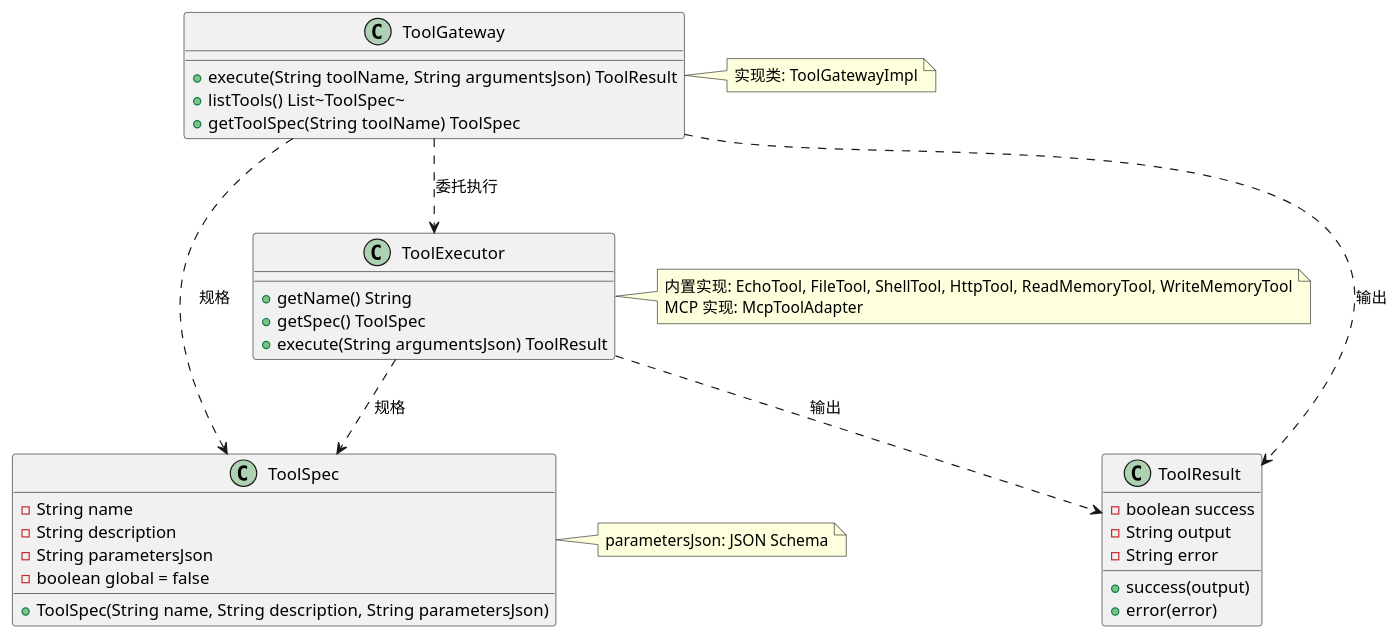
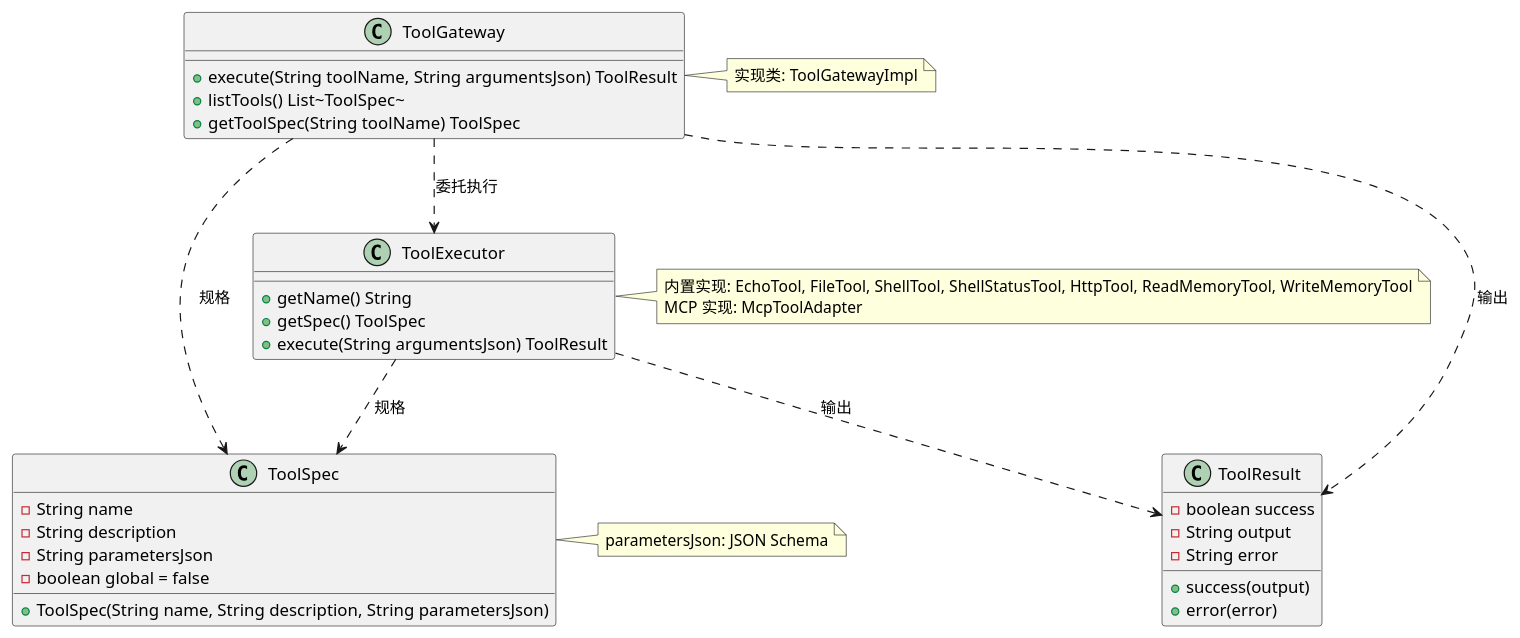
One commit to mwb1219/mwb-ai-claw changed the ninth of 24 diagrams in mwb-ai-claw技术方案.md. Above: the diagram before and after it, drawn with PlantUML. The commit also changed other lines of this file and 6 other files, not shown here.

````diff
--- a/mwb-ai-claw技术方案.md
+++ b/mwb-ai-claw技术方案.md
@@ -967,47 +967,47 @@
 ```plantuml
 @startuml
     ' ToolGateway <<interface>>
     class ToolGateway {
         +execute(String toolName, String argumentsJson) ToolResult
         +listTools() List~ToolSpec~
         +getToolSpec(String toolName) ToolSpec
     }
     note right of ToolGateway
       实现类: ToolGatewayImpl
     end note
     ' ToolExecutor <<interface>>
     class ToolExecutor {
         +getName() String
         +getSpec() ToolSpec
         +execute(String argumentsJson) ToolResult
     }
     note right of ToolExecutor
-      内置实现: EchoTool, FileTool, ShellTool, HttpTool, ReadMemoryTool, WriteMemoryTool
+      内置实现: EchoTool, FileTool, ShellTool, ShellStatusTool, HttpTool, ReadMemoryTool, WriteMemoryTool
       MCP 实现: McpToolAdapter
     end note
     ' ToolSpec <<ValueObject>>
     class ToolSpec {
         -String name
         -String description
         -String parametersJson
         -boolean global = false
         +ToolSpec(String name, String description, String parametersJson)
     }
     note right of ToolSpec
       parametersJson: JSON Schema
     end note
     ' ToolResult <<ValueObject>>
     class ToolResult {
         -boolean success
         -String output
         -String error
         +success(output)
         +error(error)
     }
     ToolGateway ..> ToolResult : 输出
     ToolGateway ..> ToolSpec : 规格
     ToolExecutor ..> ToolResult : 输出
     ToolExecutor ..> ToolSpec : 规格
     ToolGateway ..> ToolExecutor : 委托执行
 @enduml
 ```
````
